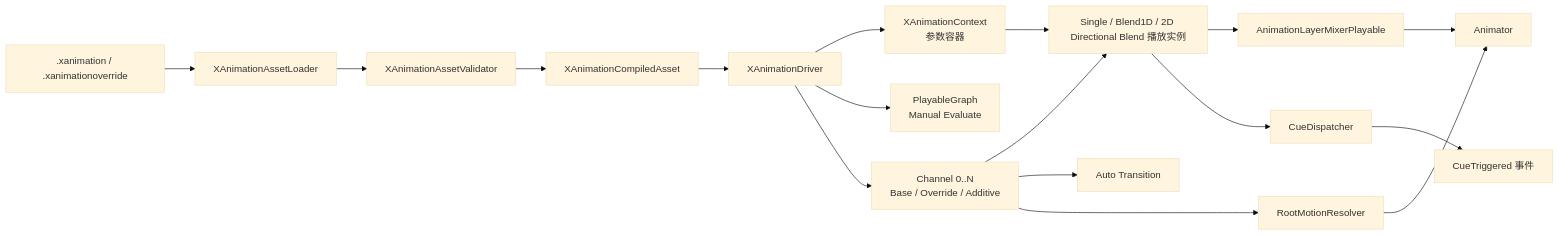
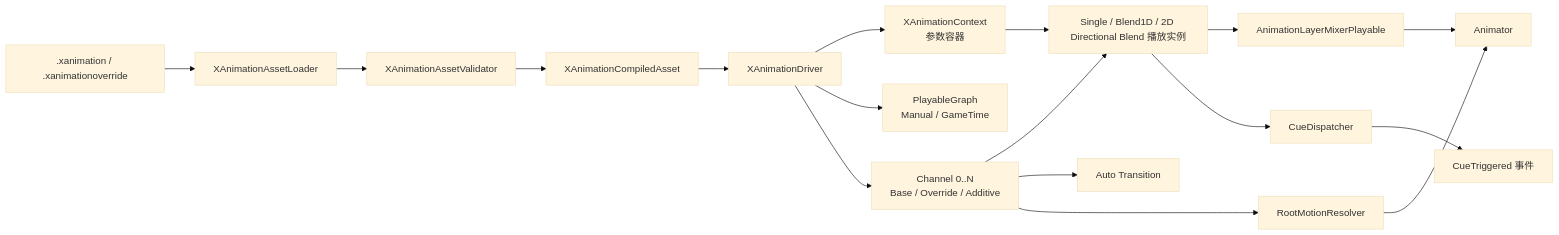
One commit to xdedzl/XFramework changed the first of 2 diagrams in XAnimation/Doc/XAnimation.md. Above: the diagram before and after it, drawn with Mermaid (base theme). The commit also changed other lines of this file and 12 other files, not shown here.

````diff
--- a/XAnimation/Doc/XAnimation.md
+++ b/XAnimation/Doc/XAnimation.md
@@ -28,23 +28,23 @@
 ```mermaid
 flowchart LR
     A[".xanimation / .xanimationoverride"] --> B["XAnimationAssetLoader"]
     B --> C["XAnimationAssetValidator"]
     C --> D["XAnimationCompiledAsset"]
 
     D --> E["XAnimationDriver"]
     E --> F["XAnimationContext<br/>参数容器"]
-    E --> H["PlayableGraph<br/>Manual Evaluate"]
+    E --> H["PlayableGraph<br/>Manual / GameTime"]
     E --> I["Channel 0..N<br/>Base / Override / Additive"]
     I --> J["Single / Blend1D / 2D Directional Blend 播放实例"]
 
     F --> J
     J --> K["AnimationLayerMixerPlayable"]
     K --> L["Animator"]
 
     J --> M["CueDispatcher"]
     I --> N["Auto Transition"]
     I --> O["RootMotionResolver"]
 
     M --> P["CueTriggered 事件"]
     O --> L
 ```
````
